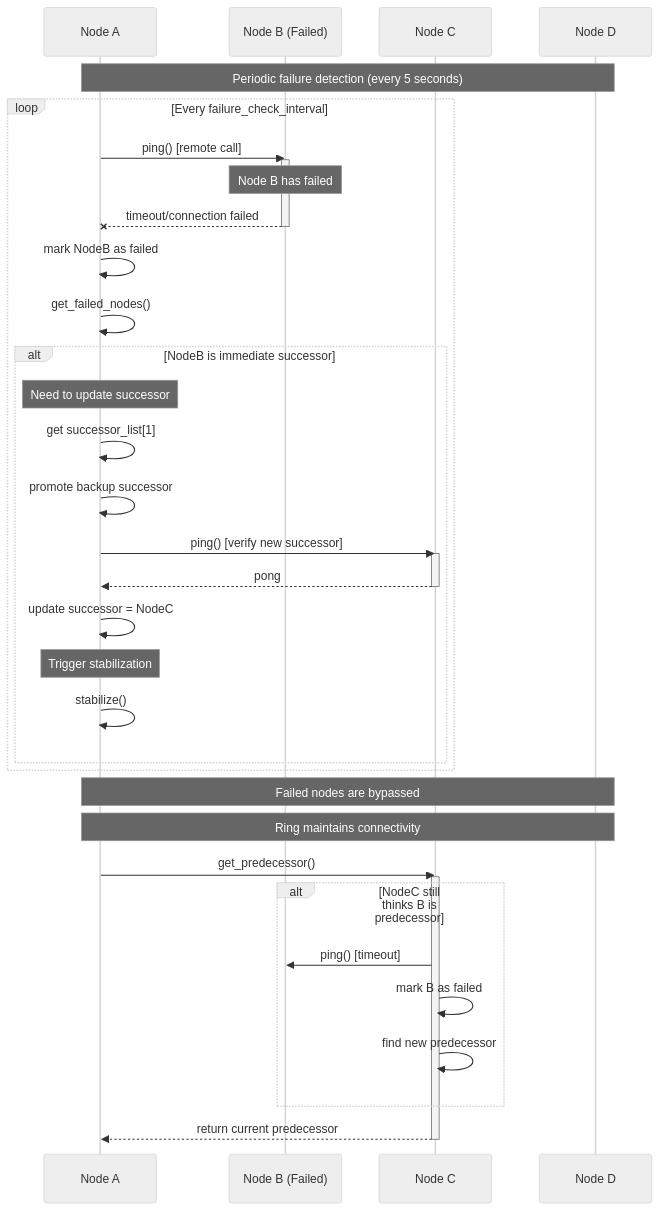
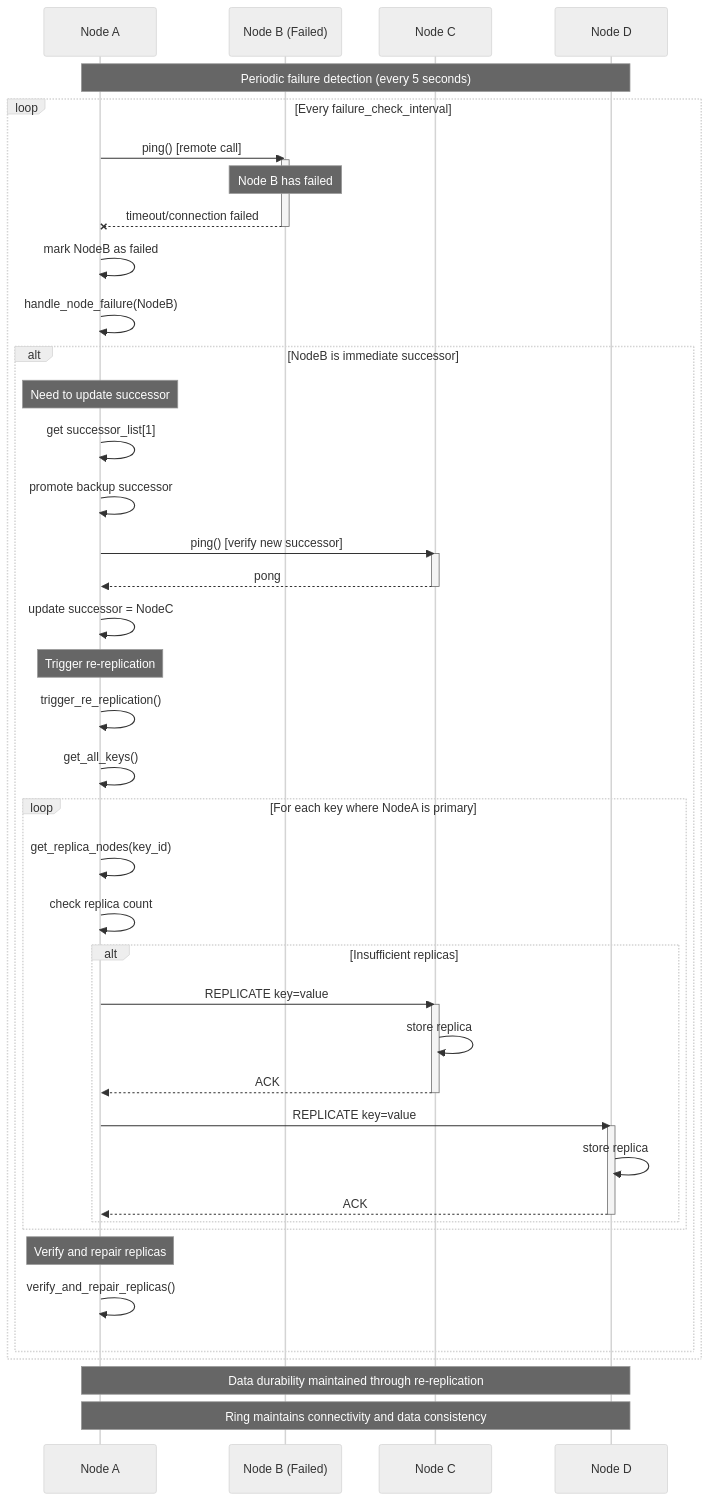
The fifth of 7 diagrams in CHORD_COMMUNICATION_SEQUENCE.md (ryogrid/FunnelKVS-CPP), drawn with Mermaid (neutral theme) before and after one commit. The commit also changed other lines of this file and 1 other file, not shown here.

Commit message:
update documents for consistency with current codebase.

````diff
--- a/CHORD_COMMUNICATION_SEQUENCE.md
+++ b/CHORD_COMMUNICATION_SEQUENCE.md
@@ -210,49 +226,62 @@
 ```mermaid
 sequenceDiagram
     participant NodeA as Node A
     participant NodeB as Node B (Failed)
     participant NodeC as Node C
     participant NodeD as Node D
 
     Note over NodeA, NodeD: Periodic failure detection (every 5 seconds)
     
     loop Every failure_check_interval
         NodeA->>NodeB: ping() [remote call]
         activate NodeB
         Note over NodeB: Node B has failed
         NodeB--xNodeA: timeout/connection failed
         deactivate NodeB
         
         NodeA->>NodeA: mark NodeB as failed
-        NodeA->>NodeA: get_failed_nodes()
+        NodeA->>NodeA: handle_node_failure(NodeB)
         
         alt NodeB is immediate successor
             Note over NodeA: Need to update successor
             NodeA->>NodeA: get successor_list[1]
             NodeA->>NodeA: promote backup successor
             
             NodeA->>NodeC: ping() [verify new successor]
             activate NodeC
             NodeC-->>NodeA: pong
             deactivate NodeC
             
             NodeA->>NodeA: update successor = NodeC
             
-            Note over NodeA: Trigger stabilization
-            NodeA->>NodeA: stabilize()
+            Note over NodeA: Trigger re-replication
+            NodeA->>NodeA: trigger_re_replication()
+            NodeA->>NodeA: get_all_keys()
+            
+            loop For each key where NodeA is primary
+                NodeA->>NodeA: get_replica_nodes(key_id)
+                NodeA->>NodeA: check replica count
+                
+                alt Insufficient replicas
+                    NodeA->>NodeC: REPLICATE key=value
+                    activate NodeC
+                    NodeC->>NodeC: store replica
+                    NodeC-->>NodeA: ACK
+                    deactivate NodeC
+                    
+                    NodeA->>NodeD: REPLICATE key=value
+                    activate NodeD
+                    NodeD->>NodeD: store replica
+                    NodeD-->>NodeA: ACK
+                    deactivate NodeD
+                end
+            end
+            
+            Note over NodeA: Verify and repair replicas
+            NodeA->>NodeA: verify_and_repair_replicas()
         end
     end
     
-    Note over NodeA, NodeD: Failed nodes are bypassed
-    Note over NodeA, NodeD: Ring maintains connectivity
-    
-    NodeA->>NodeC: get_predecessor()
-    activate NodeC
-    alt NodeC still thinks B is predecessor
-        NodeC->>NodeB: ping() [timeout]
-        NodeC->>NodeC: mark B as failed
-        NodeC->>NodeC: find new predecessor
-    end
-    NodeC-->>NodeA: return current predecessor
-    deactivate NodeC
+    Note over NodeA, NodeD: Data durability maintained through re-replication
+    Note over NodeA, NodeD: Ring maintains connectivity and data consistency
 ```
````
